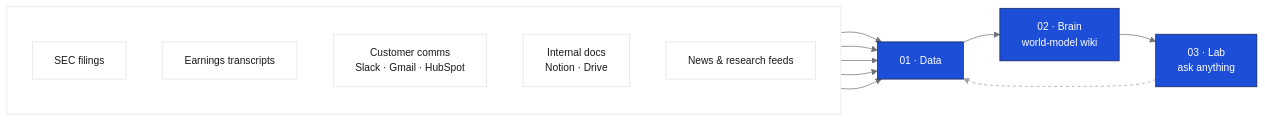
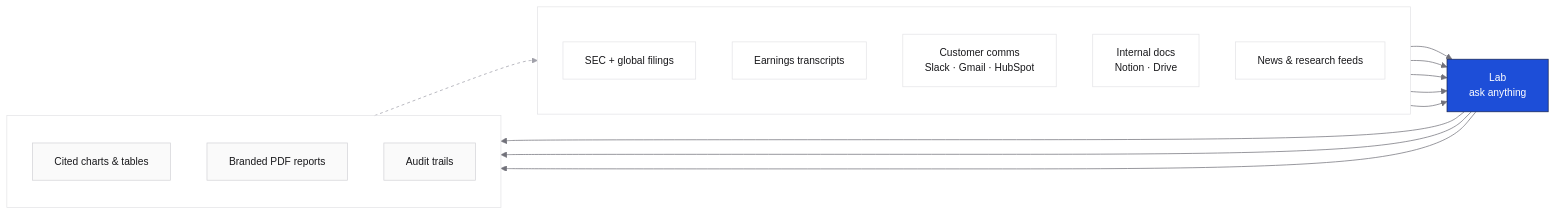
The diagram in introduction.mdx (cf0-corp/docs), drawn with Mermaid before and after one commit. The commit also changed other lines of this file and 38 other files, not shown here.

````diff
--- a/introduction.mdx
+++ b/introduction.mdx
@@ -8,47 +11,54 @@
 ```mermaid
 %%{init: {
   "theme": "base",
   "themeVariables": {
     "primaryColor": "#1d4ed8",
     "primaryTextColor": "#ffffff",
     "primaryBorderColor": "#172554",
     "secondaryColor": "#ffffff",
     "tertiaryColor": "#fafafa",
     "lineColor": "#71717a",
     "textColor": "#52525b",
     "mainBkg": "#1d4ed8",
     "secondBkg": "#ffffff",
     "clusterBkg": "transparent",
     "clusterBorder": "#e4e4e7",
     "edgeLabelBackground": "transparent",
     "fontFamily": "Inter Tight, -apple-system, sans-serif",
     "fontSize": "14px"
   }
 }}%%
 graph LR
   subgraph sources [" "]
     direction TB
-    A1["SEC filings"]
+    A1["SEC + global filings"]
     A2["Earnings transcripts"]
     A3["Customer comms<br/>Slack · Gmail · HubSpot"]
     A4["Internal docs<br/>Notion · Drive"]
     A5["News & research feeds"]
   end
-  D["01 · Data"]
-  B["02 · Brain<br/>world-model wiki"]
-  L["03 · Lab<br/>ask anything"]
-  A1 --> D
-  A2 --> D
-  A3 --> D
-  A4 --> D
-  A5 --> D
-  D --> B
-  B --> L
-  L -.-> D
+  subgraph outputs [" "]
+    direction TB
+    O1["Cited charts & tables"]
+    O2["Branded PDF reports"]
+    O3["Audit trails"]
+  end
+  L["Lab<br/>ask anything"]
+  A1 --> L
+  A2 --> L
+  A3 --> L
+  A4 --> L
+  A5 --> L
+  L --> O1
+  L --> O2
+  L --> O3
+  O1 -.-> A1
 
   classDef source fill:#ffffff,stroke:#e4e4e7,stroke-width:1px,color:#18181b
   classDef layer fill:#1d4ed8,stroke:#172554,stroke-width:1px,color:#ffffff
+  classDef output fill:#fafafa,stroke:#d4d4d8,stroke-width:1px,color:#18181b
   class A1,A2,A3,A4,A5 source
-  class D,B,L layer
-  linkStyle 7 stroke:#a1a1aa,stroke-dasharray:4 4
+  class L layer
+  class O1,O2,O3 output
+  linkStyle 8 stroke:#a1a1aa,stroke-dasharray:4 4
 ```
````
